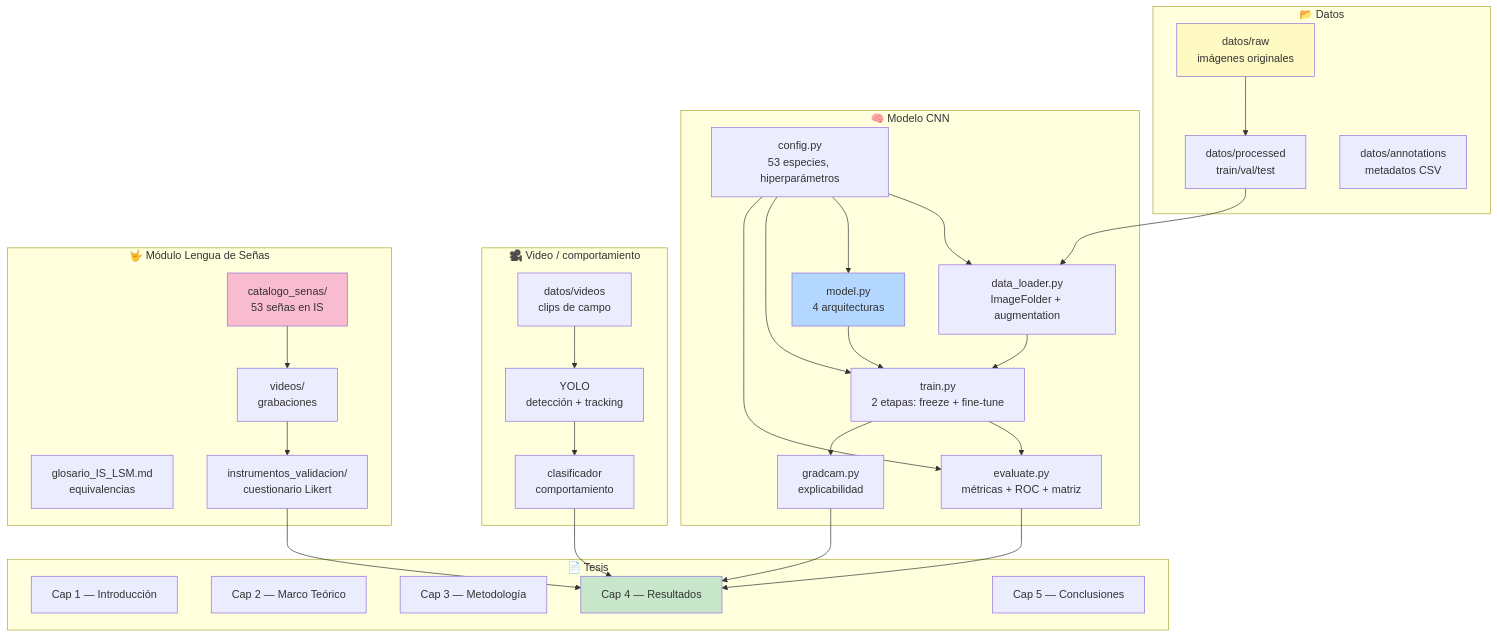
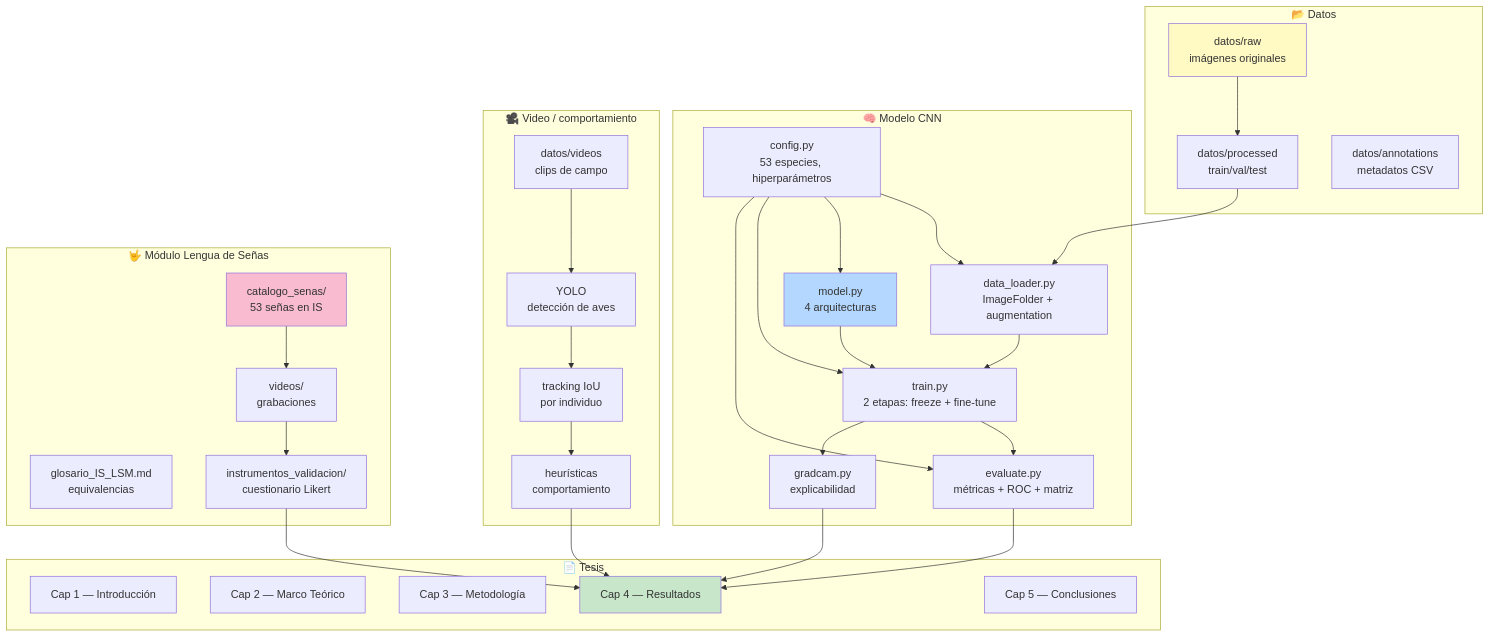
Before and after one commit to ZOMBIECRAFTIAN/raptors-cnn: the second of 6 diagrams in documentacion/diagramas/arquitectura.md, drawn with Mermaid. The commit also changed other lines of this file and 27 other files, not shown here.

````diff
--- a/documentacion/diagramas/arquitectura.md
+++ b/documentacion/diagramas/arquitectura.md
@@ -35,57 +38,58 @@
 ```mermaid
 flowchart TB
     subgraph "📂 Datos"
         D1[datos/raw<br/>imágenes originales]
         D2[datos/processed<br/>train/val/test]
         D3[datos/annotations<br/>metadatos CSV]
     end
 
     subgraph "🧠 Modelo CNN"
         M1[config.py<br/>53 especies, hiperparámetros]
         M2[data_loader.py<br/>ImageFolder + augmentation]
         M3[model.py<br/>4 arquitecturas]
         M4[train.py<br/>2 etapas: freeze + fine-tune]
         M5[evaluate.py<br/>métricas + ROC + matriz]
         M6[gradcam.py<br/>explicabilidad]
     end
 
     subgraph "🎥 Video / comportamiento"
         V1[datos/videos<br/>clips de campo]
-        V2[YOLO<br/>detección + tracking]
-        V3[clasificador<br/>comportamiento]
+        V2[YOLO<br/>detección de aves]
+        V3[tracking IoU<br/>por individuo]
+        V4[heurísticas<br/>comportamiento]
     end
 
     subgraph "🤟 Módulo Lengua de Señas"
         S1[catalogo_senas/<br/>53 señas en IS]
         S2[glosario_IS_LSM.md<br/>equivalencias]
         S3[videos/<br/>grabaciones]
         S4[instrumentos_validacion/<br/>cuestionario Likert]
     end
 
     subgraph "📄 Tesis"
         T1[Cap 1 — Introducción]
         T2[Cap 2 — Marco Teórico]
         T3[Cap 3 — Metodología]
         T4[Cap 4 — Resultados]
         T5[Cap 5 — Conclusiones]
     end
 
     D1 --> D2
     D2 --> M2
     M1 --> M2 & M3 & M4 & M5
     M2 --> M4
     M3 --> M4
     M4 --> M5
     M4 --> M6
     M5 --> T4
     M6 --> T4
-    V1 --> V2 --> V3 --> T4
+    V1 --> V2 --> V3 --> V4 --> T4
     S1 --> S3
     S3 --> S4
     S4 --> T4
 
     style D1 fill:#FFF9C4
     style M3 fill:#B4D7FF
     style S1 fill:#F8BBD0
     style T4 fill:#C8E6C9
 ```
````
